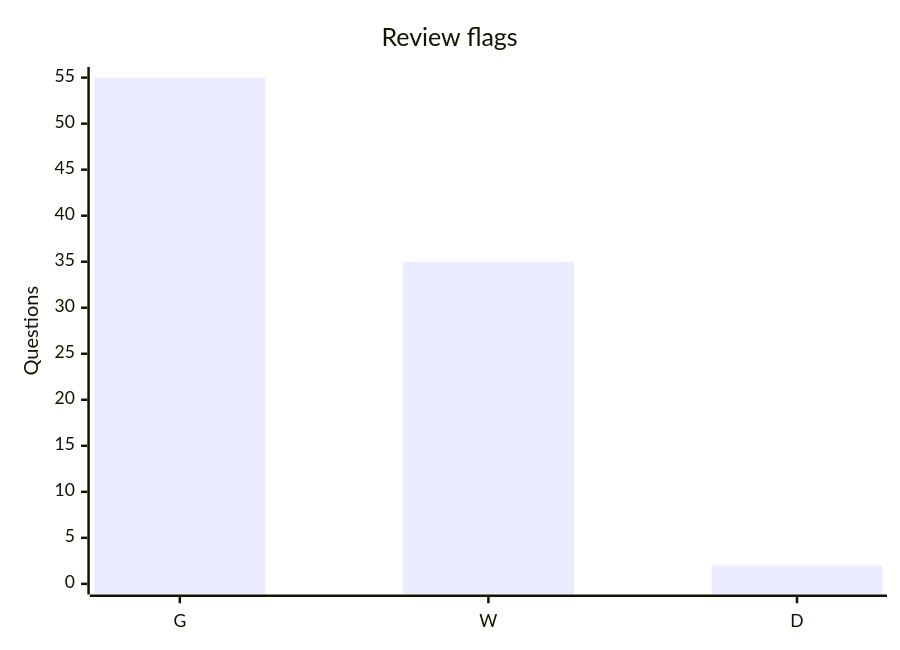
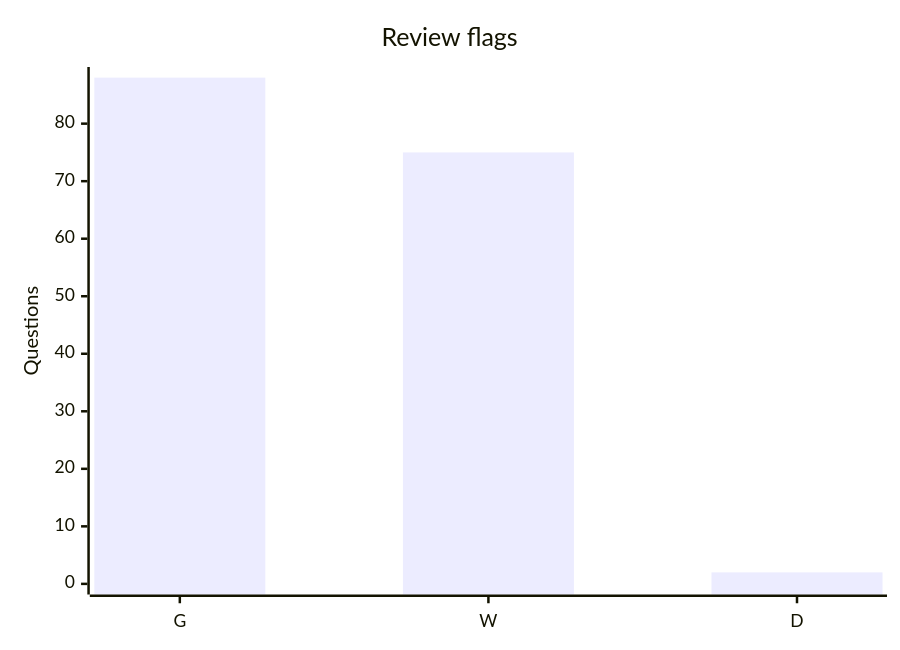
One commit to Zakoroo/computer_networks changed the seventh of 8 diagrams in PROGRESS.md. Above: the diagram before and after it, drawn with Mermaid. The commit also changed other lines of this file and 53 other files, not shown here.

````diff
--- a/PROGRESS.md
+++ b/PROGRESS.md
@@ -78,7 +86,7 @@
 ```mermaid
 xychart-beta
     title "Review flags"
     x-axis ["G", "W", "D"]
-    y-axis "Questions" 0 --> 55
-    bar [55, 35, 2]
+    y-axis "Questions" 0 --> 88
+    bar [88, 75, 2]
 ```
````
